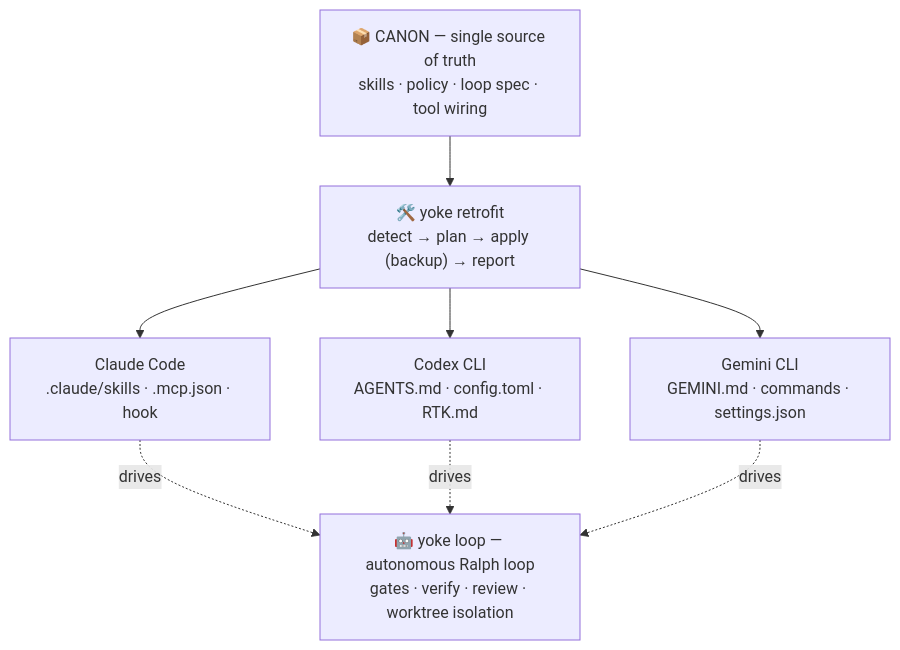
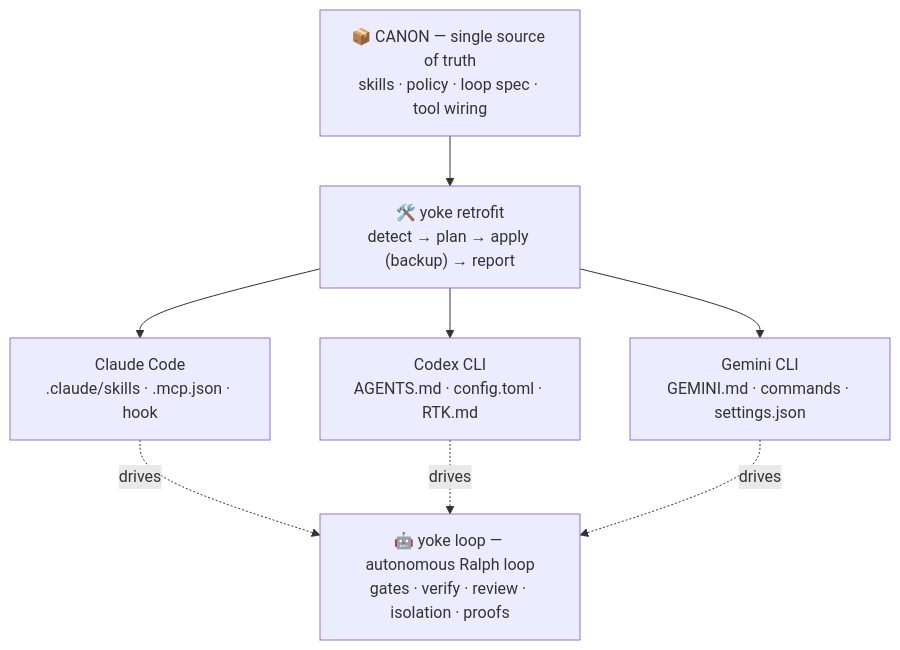
One commit to HECer/yoke changed the first of 2 diagrams in README.md. Above: the diagram before and after it, drawn with Mermaid. The commit also changed other lines of this file and 1 other file, not shown here.

````diff
--- a/README.md
+++ b/README.md
@@ -99,13 +133,13 @@
 ```mermaid
 flowchart TD
     Canon["📦 CANON — single source of truth<br/>skills · policy · loop spec · tool wiring"]
     Skill["🛠️ yoke retrofit<br/>detect → plan → apply (backup) → report"]
     Canon --> Skill
     Skill --> Claude["Claude Code<br/>.claude/skills · .mcp.json · hook"]
     Skill --> Codex["Codex CLI<br/>AGENTS.md · config.toml · RTK.md"]
     Skill --> Gemini["Gemini CLI<br/>GEMINI.md · commands · settings.json"]
-    Loop["🤖 yoke loop — autonomous Ralph loop<br/>gates · verify · review · worktree isolation"]
+    Loop["🤖 yoke loop — autonomous Ralph loop<br/>gates · verify · review · isolation · proofs"]
     Claude -. drives .-> Loop
     Codex -. drives .-> Loop
     Gemini -. drives .-> Loop
 ```
````
